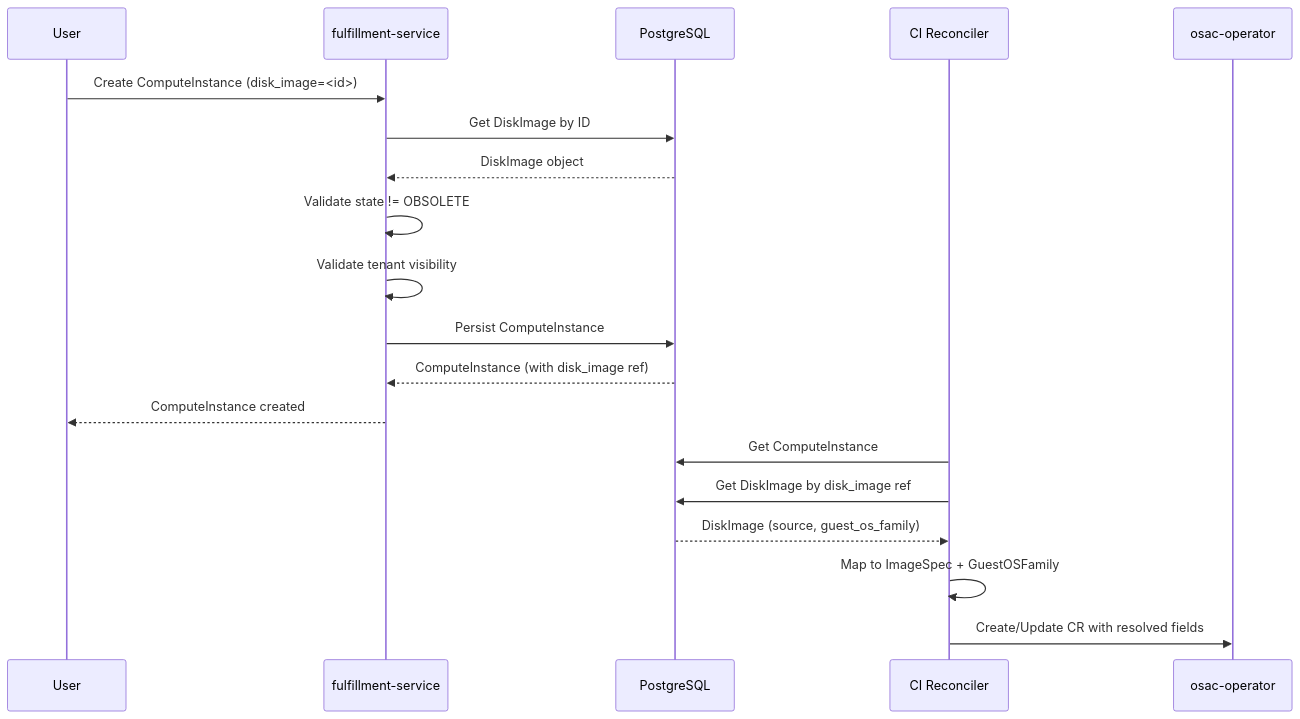
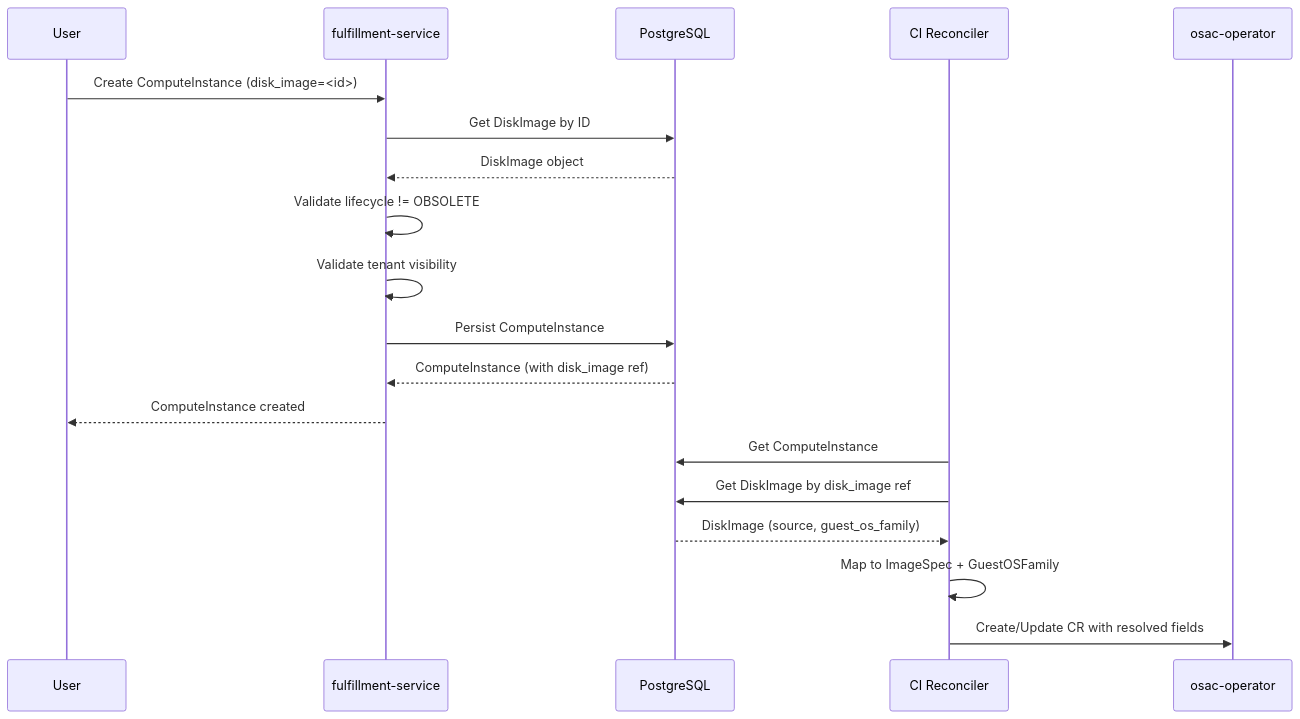
One commit to osac-project/enhancement-proposals changed the diagram in enhancements/OSAC-2540-disk-image/design.md. Above: the diagram before and after it, drawn with Mermaid. The commit also changed other lines of this file, not shown here.

First line of the commit message:
OSAC-2540: rename state field to lifecycle

````diff
--- a/enhancements/OSAC-2540-disk-image/design.md
+++ b/enhancements/OSAC-2540-disk-image/design.md
@@ -76,23 +76,23 @@
 ```mermaid
 sequenceDiagram
     participant User
     participant API as fulfillment-service
     participant DB as PostgreSQL
     participant Reconciler as CI Reconciler
     participant K8s as osac-operator
 
     User->>API: Create ComputeInstance (disk_image=<id>)
     API->>DB: Get DiskImage by ID
     DB-->>API: DiskImage object
-    API->>API: Validate state != OBSOLETE
+    API->>API: Validate lifecycle != OBSOLETE
     API->>API: Validate tenant visibility
     API->>DB: Persist ComputeInstance
     DB-->>API: ComputeInstance (with disk_image ref)
     API-->>User: ComputeInstance created
 
     Reconciler->>DB: Get ComputeInstance
     Reconciler->>DB: Get DiskImage by disk_image ref
     DB-->>Reconciler: DiskImage (source, guest_os_family)
     Reconciler->>Reconciler: Map to ImageSpec + GuestOSFamily
     Reconciler->>K8s: Create/Update CR with resolved fields
 ```
````
